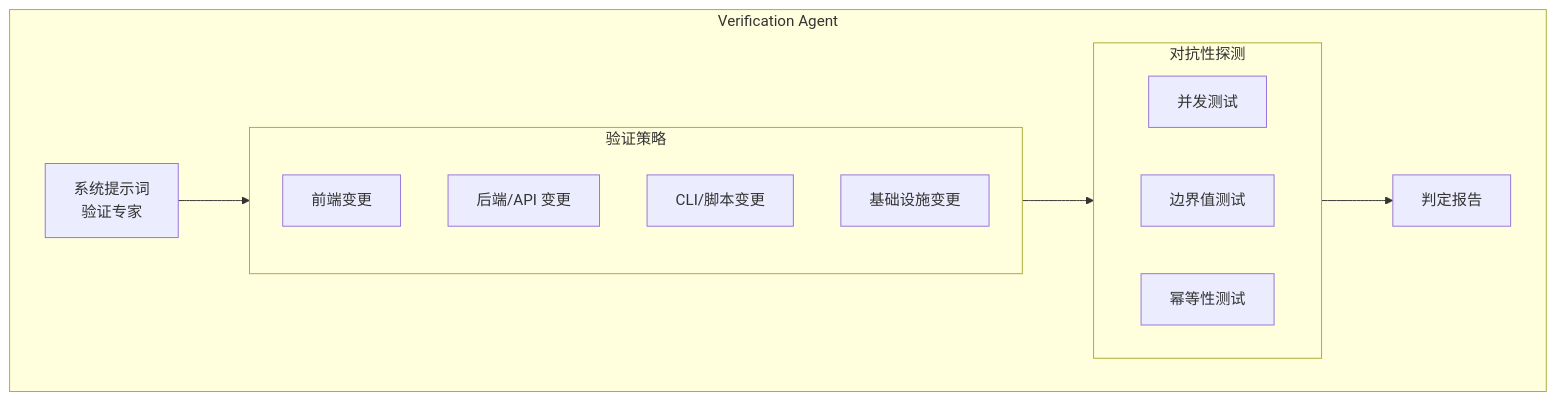
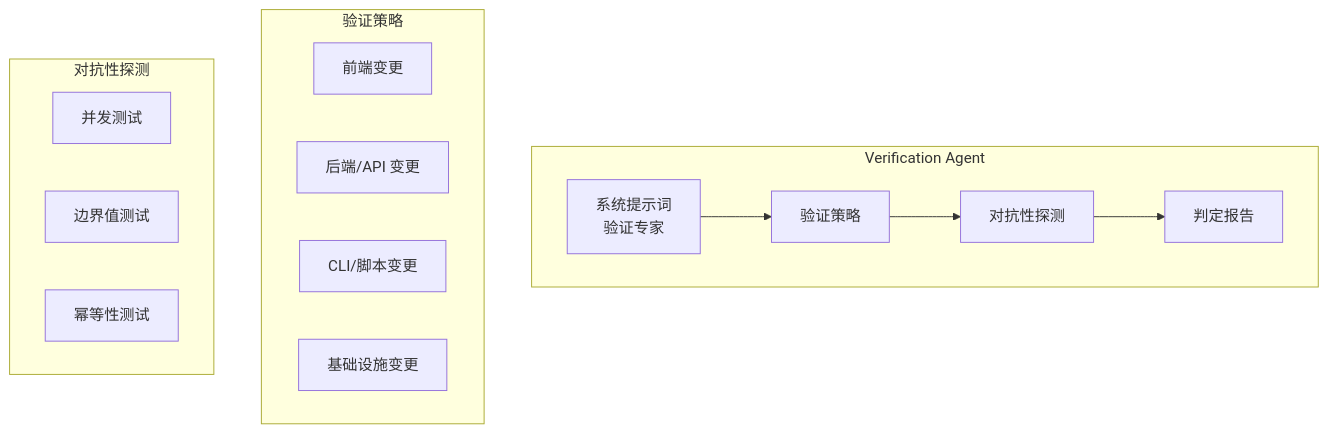
One commit to niuma996/claude-code-sourcemap-wiki changed the first of 2 diagrams in .nium-wiki/wiki/agent/built-in/verification-agent.md. Above: the diagram before and after it, drawn with Mermaid. The commit also changed 1976 other files, not shown here.

````diff
--- a/.nium-wiki/wiki/agent/built-in/verification-agent.md
+++ b/.nium-wiki/wiki/agent/built-in/verification-agent.md
@@ -40,23 +40,23 @@
 ```mermaid
 flowchart TB
     subgraph VerificationAgent["Verification Agent"]
         SystemPrompt["系统提示词<br/>验证专家"]
         Strategy["验证策略"]
         Probes["对抗性探测"]
         Report["判定报告"]
     end
-    subgraph Strategy["验证策略"]
+    subgraph Strategy_sub["验证策略"]
         Frontend["前端变更"]
         Backend["后端/API 变更"]
         CLI["CLI/脚本变更"]
         Config["基础设施变更"]
     end
-    subgraph Probes["对抗性探测"]
+    subgraph Probes_sub["对抗性探测"]
         Concurrency["并发测试"]
         Boundaries["边界值测试"]
         Idempotency["幂等性测试"]
     end
     SystemPrompt --> Strategy
     Strategy --> Probes
     Probes --> Report
 ```
````
